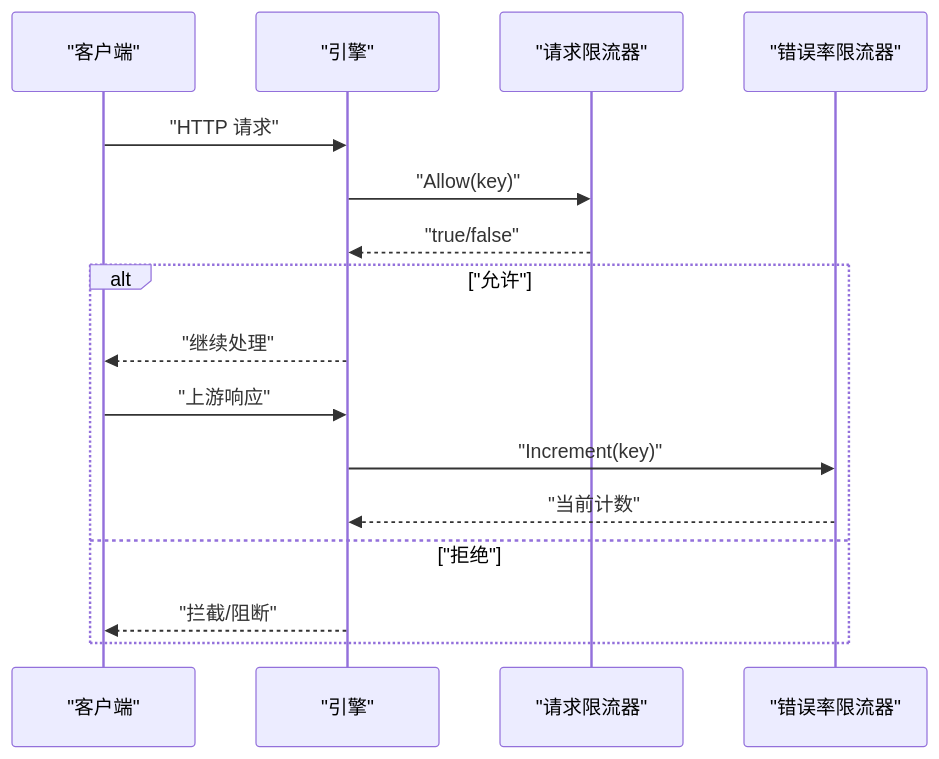
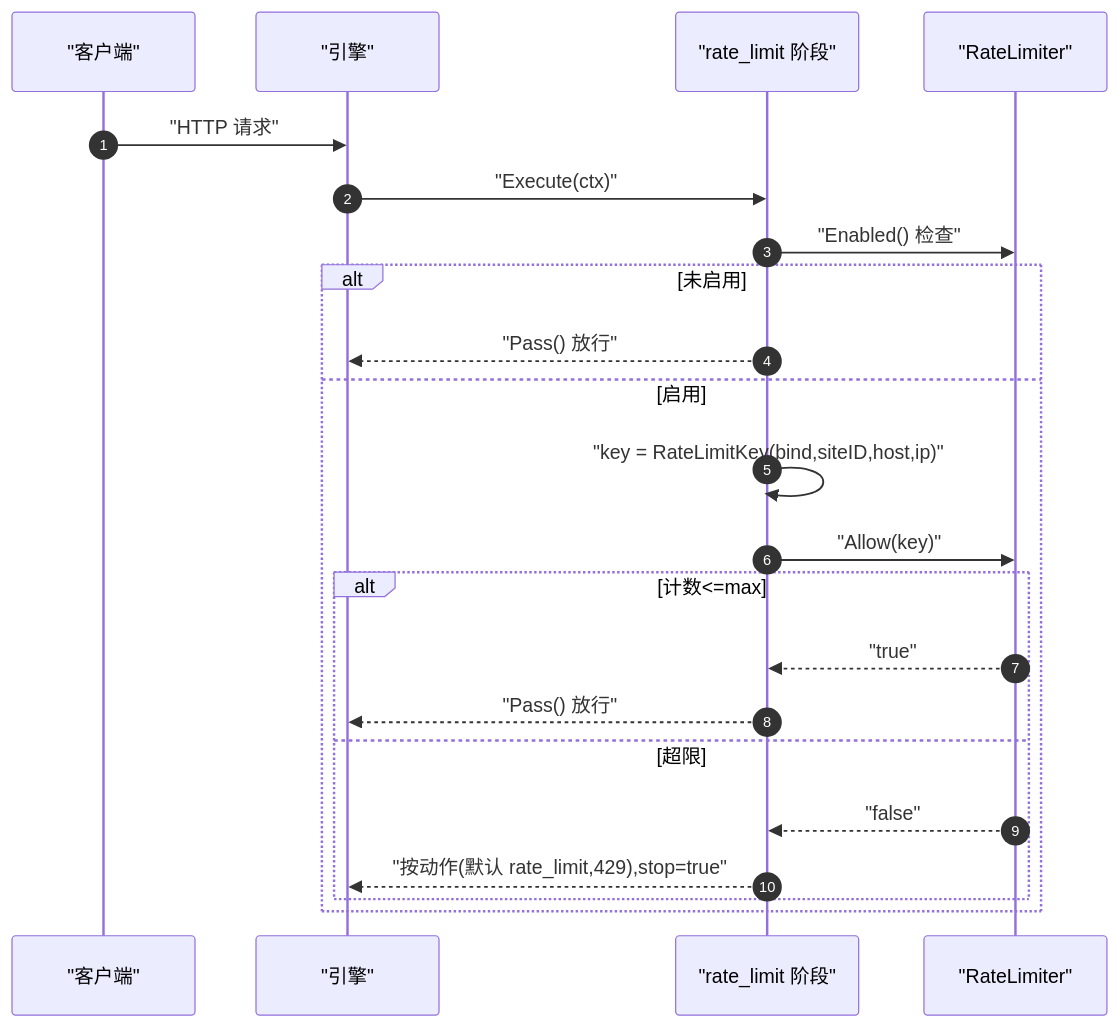
One commit to x01n/My-OpenWaf changed the second of 4 diagrams in docs/WAF 引擎系统/处理阶段详解/请求速率限制阶段.md. Above: the diagram before and after it, drawn with Mermaid. The commit also changed other lines of this file and 622 other files, not shown here.

````diff
--- a/docs/WAF 引擎系统/处理阶段详解/请求速率限制阶段.md
+++ b/docs/WAF 引擎系统/处理阶段详解/请求速率限制阶段.md
@@ -86,18 +98,24 @@
 ```mermaid
 sequenceDiagram
-participant Client as "客户端"
-participant Engine as "引擎"
-participant ReqRL as "请求限流器"
-participant ErrRL as "错误率限流器"
-Client->>Engine : "HTTP 请求"
-Engine->>ReqRL : "Allow(key)"
-ReqRL-->>Engine : "true/false"
-alt "允许"
-Engine-->>Client : "继续处理"
-Client->>Engine : "上游响应"
-Engine->>ErrRL : "Increment(key)"
-ErrRL-->>Engine : "当前计数"
-else "拒绝"
-Engine-->>Client : "拦截/阻断"
-end
+  autonumber
+  participant Client as "客户端"
+  participant Engine as "引擎"
+  participant Phase as "rate_limit 阶段"
+  participant Limiter as "RateLimiter"
+  Client->>Engine : "HTTP 请求"
+  Engine->>Phase : "Execute(ctx)"
+  Phase->>Limiter : "Enabled() 检查"
+  alt 未启用
+    Phase-->>Engine : "Pass() 放行"
+  else 启用
+    Phase->>Phase : "key = RateLimitKey(bind,siteID,host,ip)"
+    Phase->>Limiter : "Allow(key)"
+    alt 计数<=max
+      Limiter-->>Phase : "true"
+      Phase-->>Engine : "Pass() 放行"
+    else 超限
+      Limiter-->>Phase : "false"
+      Phase-->>Engine : "按动作(默认 rate_limit,429),stop=true"
+    end
+  end
 ```
````
